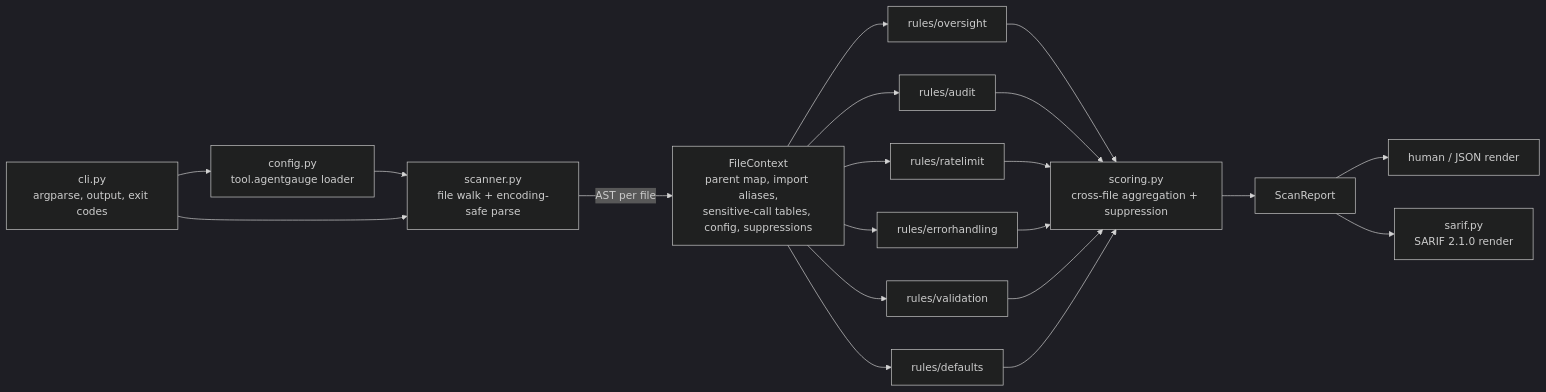
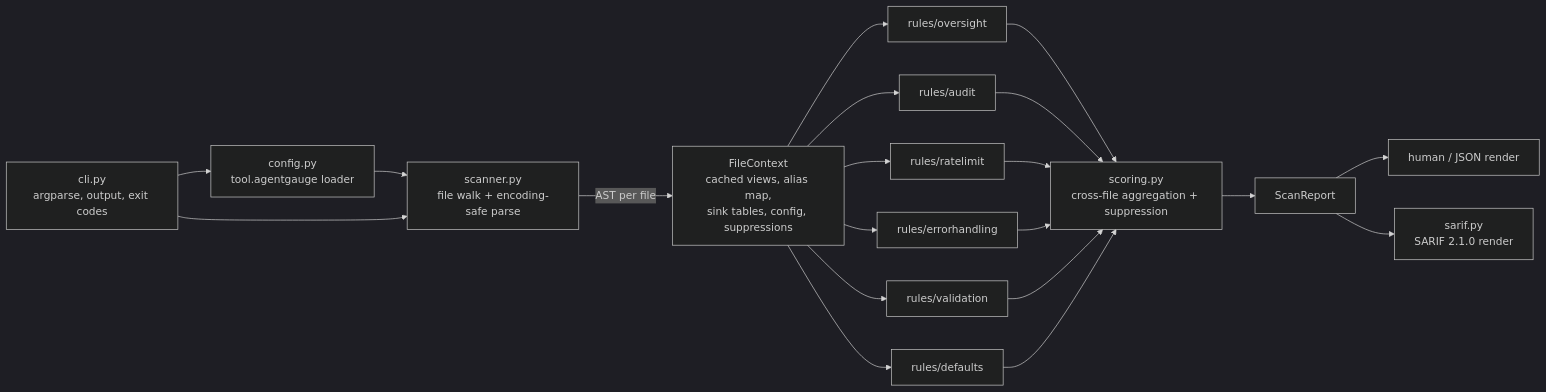
Before and after one commit to PreethamNoelP/agentgauge: the diagram in README.md, drawn with Mermaid (dark theme). The commit also changed other lines of this file and 1 other file, not shown here.

````diff
--- a/README.md
+++ b/README.md
@@ -92,17 +93,17 @@
 ```mermaid
 flowchart LR
     CFG[config.py<br/>tool.agentgauge loader] --> SC
     CLI[cli.py<br/>argparse, output, exit codes] --> SC[scanner.py<br/>file walk + encoding-safe parse]
     CLI --> CFG
-    SC -->|AST per file| CTX[FileContext<br/>parent map, import aliases,<br/>sensitive-call tables, config, suppressions]
+    SC -->|AST per file| CTX[FileContext<br/>cached views, alias map,<br/>sink tables, config, suppressions]
     CTX --> R1[rules/oversight]
     CTX --> R2[rules/audit]
     CTX --> R3[rules/ratelimit]
     CTX --> R4[rules/errorhandling]
     CTX --> R5[rules/validation]
     CTX --> R6[rules/defaults]
     R1 & R2 & R3 & R4 & R5 & R6 --> AG[scoring.py<br/>cross-file aggregation + suppression]
     AG --> REP[ScanReport]
     REP --> OUT1[human / JSON render]
     REP --> OUT2[sarif.py<br/>SARIF 2.1.0 render]
 ```
````
